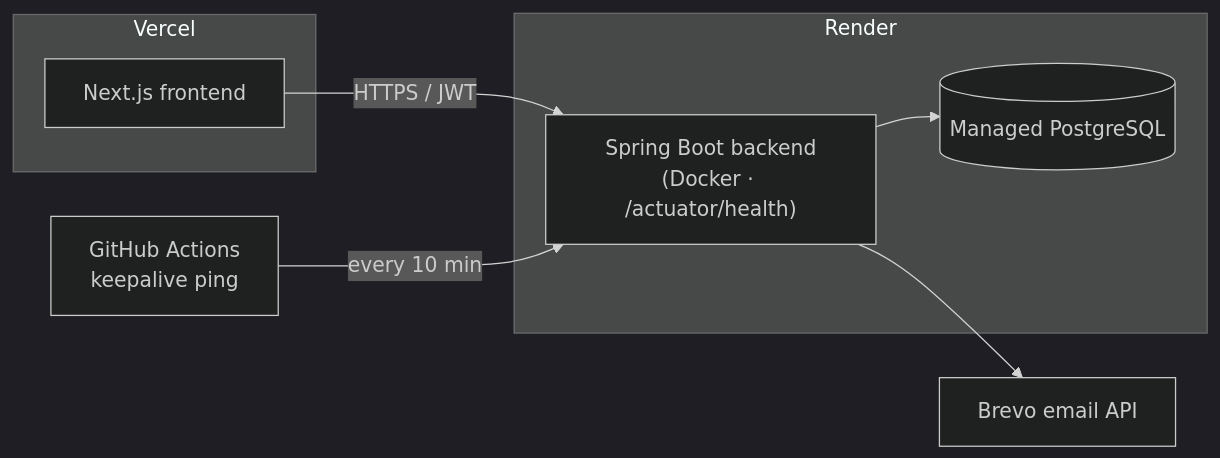
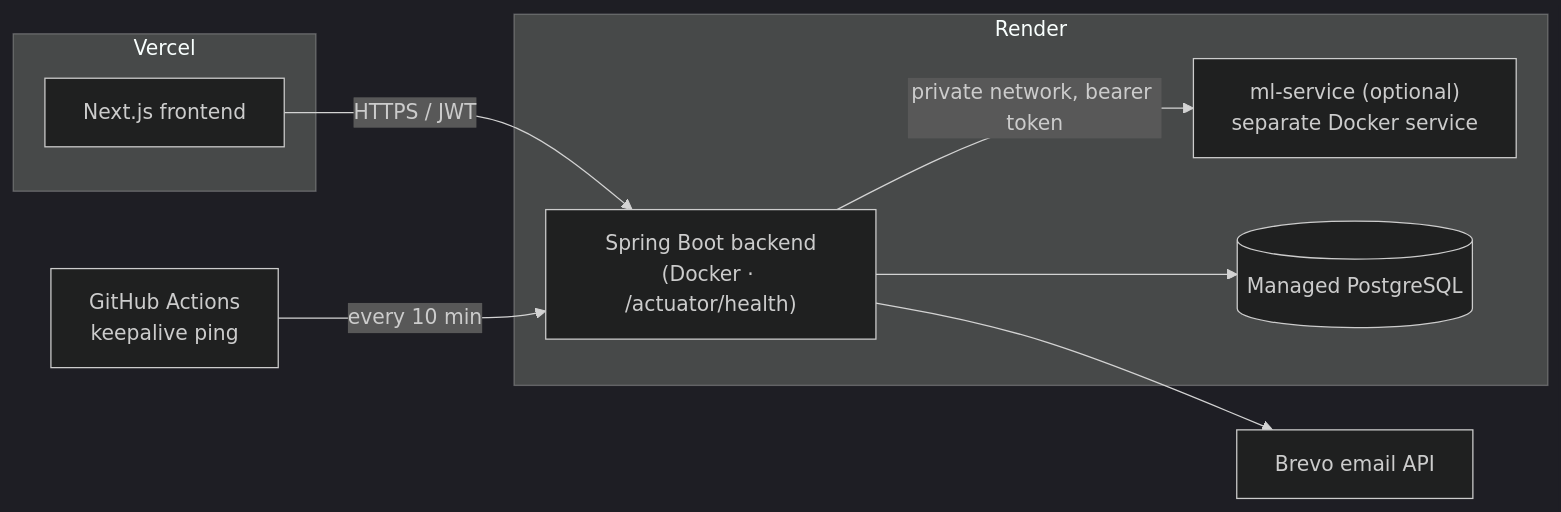
One commit to mithunveluru/flowsight changed the sixth of 7 diagrams in README.md. Above: the diagram before and after it, drawn with Mermaid (dark theme). The commit also changed other lines of this file and 2 other files, not shown here.

First line of the commit message:
docs: describe the ML stack, flags and ml-service deployment

````diff
--- a/README.md
+++ b/README.md
@@ -390,16 +540,18 @@
 ```mermaid
 flowchart LR
     subgraph Vercel
         FE["Next.js frontend"]
     end
     subgraph Render
         BE["Spring Boot backend<br/>(Docker · /actuator/health)"]
+        MLS["ml-service (optional)<br/>separate Docker service"]
         PG[("Managed PostgreSQL")]
     end
     Brevo["Brevo email API"]
     GHA["GitHub Actions<br/>keepalive ping"]
     FE -- "HTTPS / JWT" --> BE
     BE --> PG
+    BE -- "private network, bearer token" --> MLS
     BE --> Brevo
     GHA -- "every 10 min" --> BE
 ```
````
